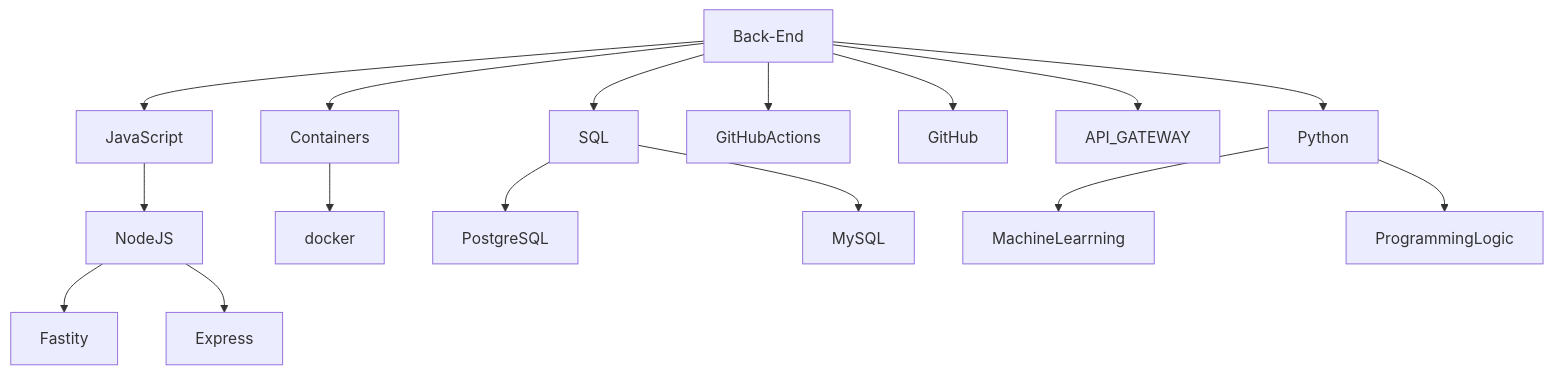
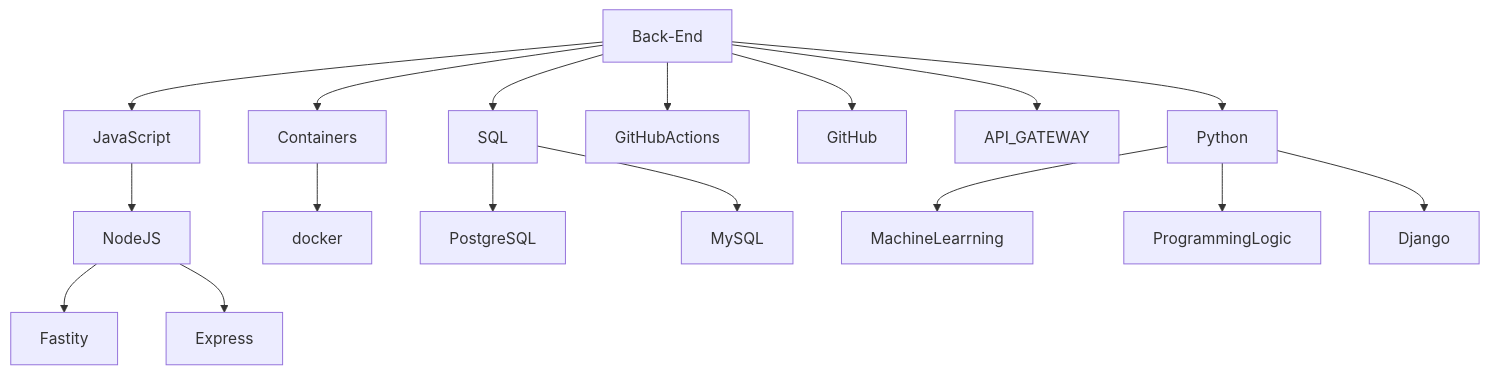
One commit to RafaelDevProjects/RafaelDevProjects changed the second of 2 diagrams in README.md. Above: the diagram before and after it, drawn with Mermaid.

````diff
--- a/README.md
+++ b/README.md
@@ -36,18 +36,19 @@
 ```mermaid
 graph TD;
     Back-End-->Python;
     Back-End-->SQL;
     Back-End-->Containers;
     Back-End-->GitHubActions;
     Back-End-->GitHub;
     Back-End-->API_GATEWAY;
     Back-End-->JavaScript
     JavaScript-->NodeJS
     NodeJS-->Fastity;
     NodeJS-->Express;
     Containers-->docker;
     SQL-->PostgreSQL;
     SQL-->MySQL;
     Python-->MachineLearrning;
     Python--> ProgrammingLogic;
+    Python--> Django;
 ```
````
